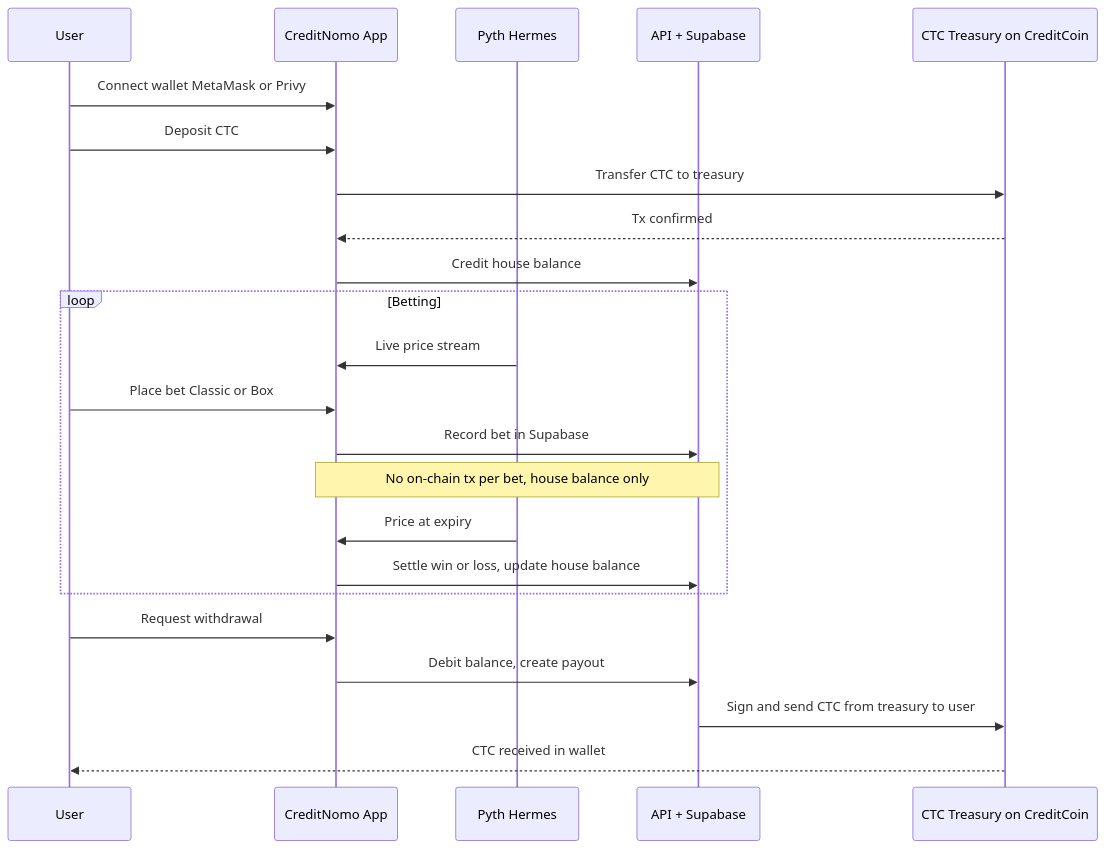
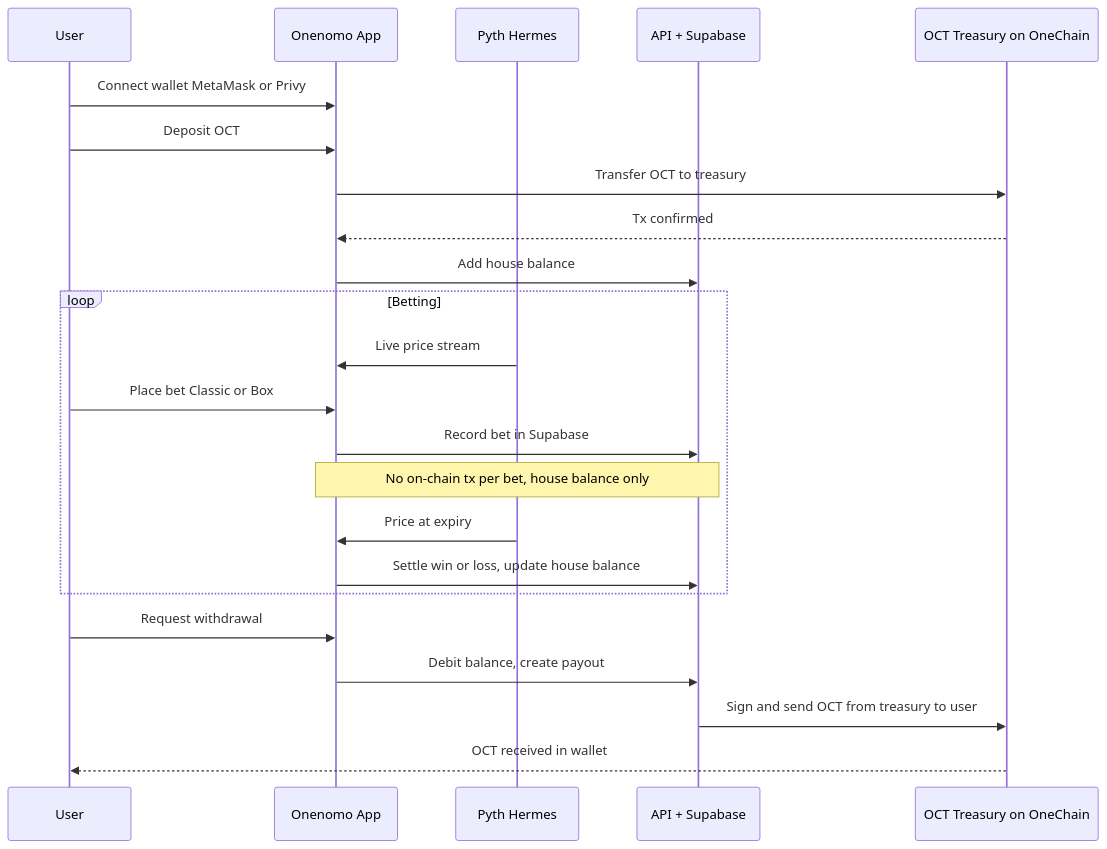
Before and after one commit to AmaanSayyad/Onenomo: the third of 4 diagrams in README.md, drawn with Mermaid. The commit also changed other lines of this file and 91 other files, not shown here.

````diff
--- a/README.md
+++ b/README.md
@@ -207,28 +207,28 @@
 ```mermaid
 sequenceDiagram
     participant U as User
-    participant App as CreditNomo App
+    participant App as Onenomo App
     participant P as Pyth Hermes
     participant API as API + Supabase
-    participant CTC as CTC Treasury on CreditCoin
+    participant OCT as OCT Treasury on OneChain
 
     U->>App: Connect wallet MetaMask or Privy
-    U->>App: Deposit CTC
-    App->>CTC: Transfer CTC to treasury
-    CTC-->>App: Tx confirmed
-    App->>API: Credit house balance
+    U->>App: Deposit OCT
+    App->>OCT: Transfer OCT to treasury
+    OCT-->>App: Tx confirmed
+    App->>API: Add house balance
 
     loop Betting
         P->>App: Live price stream
         U->>App: Place bet Classic or Box
         App->>API: Record bet in Supabase
         Note over App,API: No on-chain tx per bet, house balance only
         P->>App: Price at expiry
         App->>API: Settle win or loss, update house balance
     end
 
     U->>App: Request withdrawal
     App->>API: Debit balance, create payout
-    API->>CTC: Sign and send CTC from treasury to user
-    CTC-->>U: CTC received in wallet
+    API->>OCT: Sign and send OCT from treasury to user
+    OCT-->>U: OCT received in wallet
 ```
````
